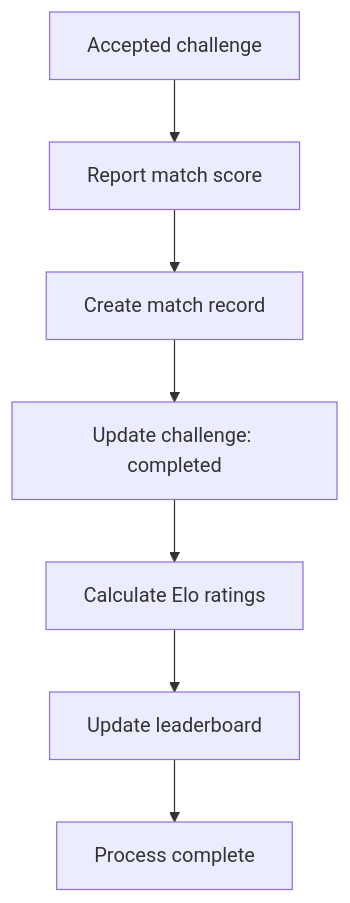
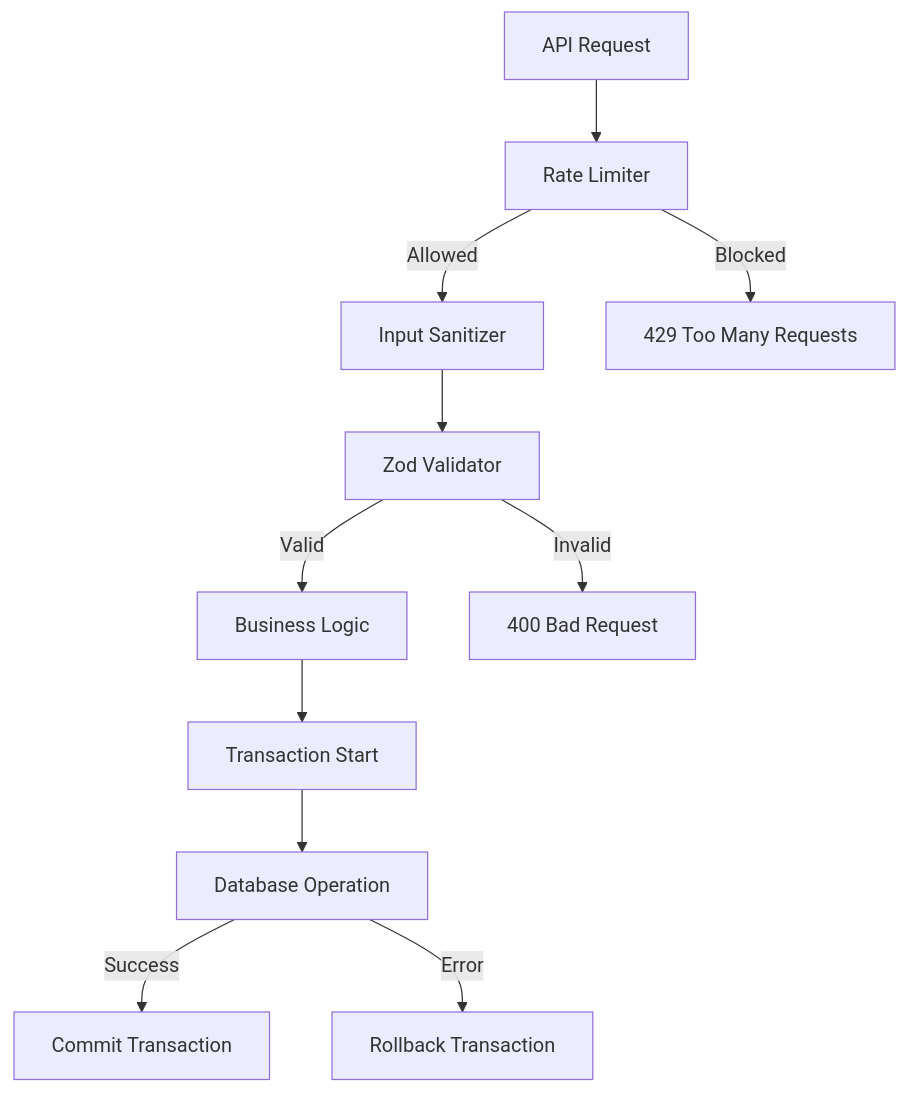
One commit to UziB26/leagueladder changed the third of 14 diagrams in doc/architecture.md. Above: the diagram before and after it, drawn with Mermaid. The commit also changed other lines of this file and 97 other files, not shown here.

````diff
--- a/doc/architecture.md
+++ b/doc/architecture.md
@@ -141,9 +133,13 @@
 ```mermaid
-flowchart TD
-    A[Accepted challenge] --> B[Report match score]
-    B --> C[Create match record]
-    C --> D[Update challenge: completed]
-    D --> E[Calculate Elo ratings]
-    E --> F[Update leaderboard]
-    F --> G[Process complete]
+graph TB
+    A[API Request] --> B[Rate Limiter]
+    B -->|Allowed| C[Input Sanitizer]
+    B -->|Blocked| D[429 Too Many Requests]
+    C --> E[Zod Validator]
+    E -->|Valid| F[Business Logic]
+    E -->|Invalid| G[400 Bad Request]
+    F --> H[Transaction Start]
+    H --> I[Database Operation]
+    I -->|Success| J[Commit Transaction]
+    I -->|Error| K[Rollback Transaction]
 ```
````
